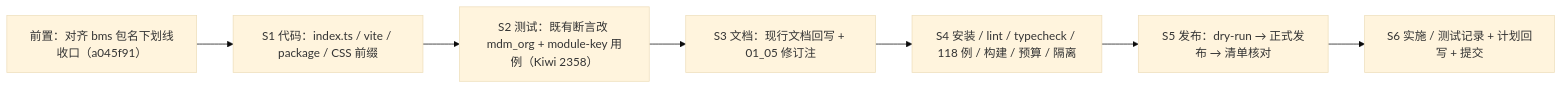
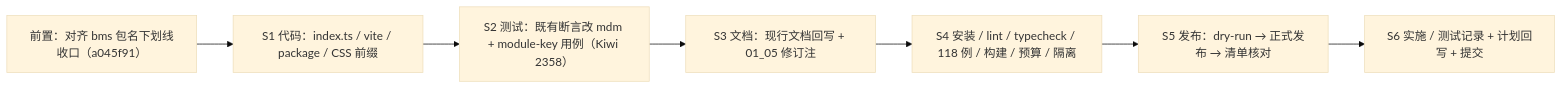
One commit to minjian123/master-data-management changed the diagram in mdm文档/项目/01_mdm 产品奠基/任务/01_组织主数据承接/01_组织主数据承接_06_前端模块键snake化与重发/实施/01_实施_06_前端模块键snake化与重发.md. Above: the diagram before and after it, drawn with Mermaid (base theme). The commit also changed other lines of this file and 314 other files, not shown here.

Commit message:
refactor(命名): 全仓 org 统一为 mdm（目录/模块键/能力名/常量/文档）

````diff
--- a/mdm文档/项目/01_mdm 产品奠基/任务/01_组织主数据承接/01_组织主数据承接_06_前端模块键snake化与重发/实施/01_实施_06_前端模块键snake化与重发.md
+++ b/mdm文档/项目/01_mdm 产品奠基/任务/01_组织主数据承接/01_组织主数据承接_06_前端模块键snake化与重发/实施/01_实施_06_前端模块键snake化与重发.md
@@ -16,9 +16,9 @@
 ```mermaid
 flowchart LR
     A["前置：对齐 bms 包名下划线收口（a045f91）"] --> B["S1 代码：index.ts / vite / package / CSS 前缀"]
-    B --> C["S2 测试：既有断言改 mdm_org + module-key 用例（Kiwi 2358）"]
+    B --> C["S2 测试：既有断言改 mdm + module-key 用例（Kiwi 2358）"]
     C --> D["S3 文档：现行文档回写 + 01_05 修订注"]
     D --> E["S4 安装 / lint / typecheck / 118 例 / 构建 / 预算 / 隔离"]
     E --> F["S5 发布：dry-run → 正式发布 → 清单核对"]
     F --> G["S6 实施 / 测试记录 + 计划回写 + 提交"]
 ```
````
